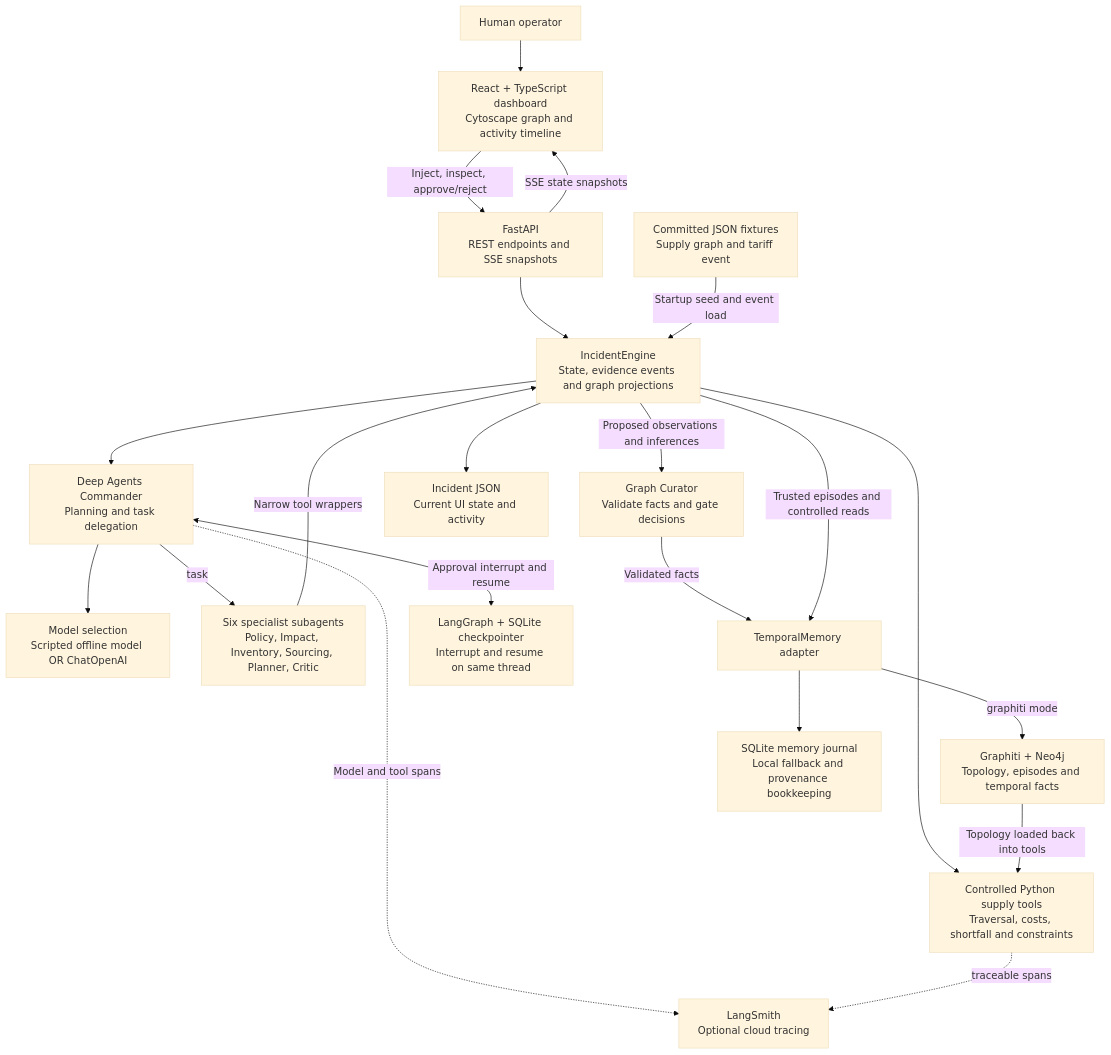
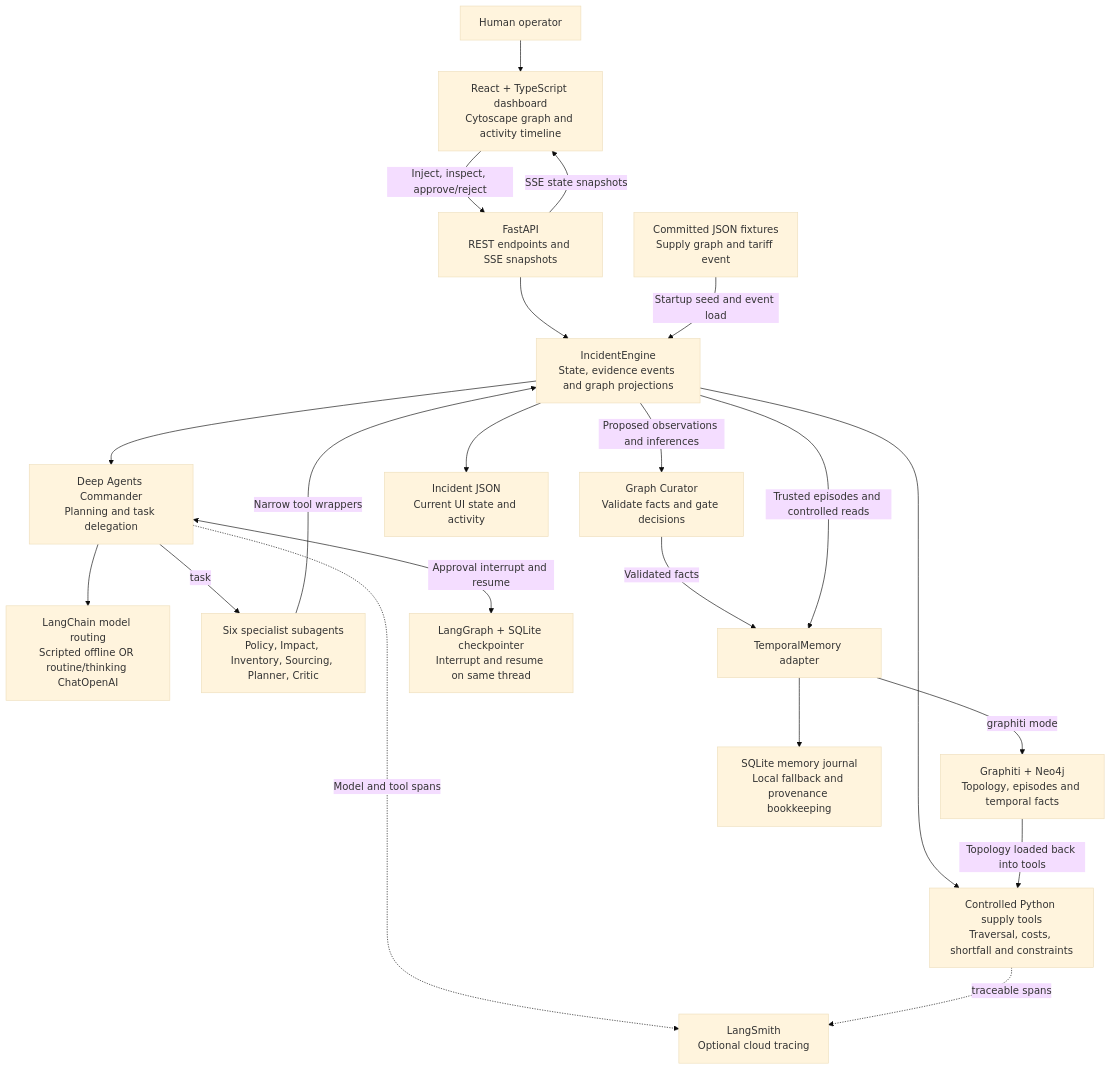
The first of 2 diagrams in docs/ARCHITECTURE.md (akarshrajsingh7/supplychain-copilot), drawn with Mermaid (base theme) before and after one commit. The commit also changed other lines of this file and 45 other files, not shown here.

Commit message:
Add graph Q&A, model routing, and LangSmith run evidence

````diff
--- a/docs/ARCHITECTURE.md
+++ b/docs/ARCHITECTURE.md
@@ -11,40 +17,40 @@
 ```mermaid
 flowchart TB
   Human[Human operator]
   UI[React + TypeScript dashboard<br/>Cytoscape graph and activity timeline]
   API[FastAPI<br/>REST endpoints and SSE snapshots]
   Engine[IncidentEngine<br/>State, evidence events and graph projections]
   Commander[Deep Agents Commander<br/>Planning and task delegation]
-  Model[Model selection<br/>Scripted offline model OR ChatOpenAI]
+  Model[LangChain model routing<br/>Scripted offline OR routine/thinking ChatOpenAI]
   Specialists[Six specialist subagents<br/>Policy, Impact, Inventory, Sourcing, Planner, Critic]
   Tools[Controlled Python supply tools<br/>Traversal, costs, shortfall and constraints]
   Curator[Graph Curator<br/>Validate facts and gate decisions]
   Memory[TemporalMemory adapter]
   Neo[Graphiti + Neo4j<br/>Topology, episodes and temporal facts]
   Journal[SQLite memory journal<br/>Local fallback and provenance bookkeeping]
   Checkpoint[LangGraph + SQLite checkpointer<br/>Interrupt and resume on same thread]
   State[Incident JSON<br/>Current UI state and activity]
   Smith[LangSmith<br/>Optional cloud tracing]
   Fixtures[Committed JSON fixtures<br/>Supply graph and tariff event]
 
   Human --> UI
   UI -->|Inject, inspect, approve/reject| API
   API -->|SSE state snapshots| UI
   API --> Engine
   Engine --> Commander
   Commander --> Model
   Commander -->|task| Specialists
   Specialists -->|Narrow tool wrappers| Engine
   Engine --> Tools
   Fixtures -->|Startup seed and event load| Engine
   Engine -->|Proposed observations and inferences| Curator
   Curator -->|Validated facts| Memory
   Engine -->|Trusted episodes and controlled reads| Memory
   Memory -->|graphiti mode| Neo
   Memory --> Journal
   Neo -->|Topology loaded back into tools| Tools
   Commander <-->|Approval interrupt and resume| Checkpoint
   Engine --> State
   Commander -.->|Model and tool spans| Smith
   Tools -.->|traceable spans| Smith
 ```
````
